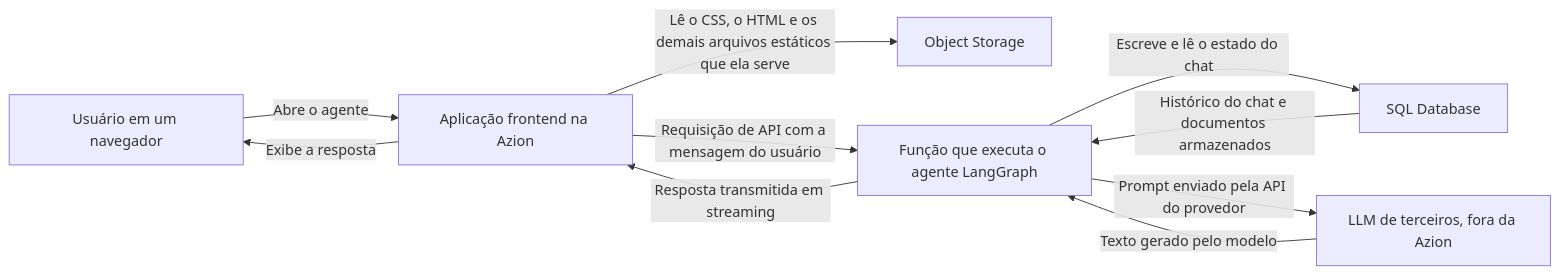
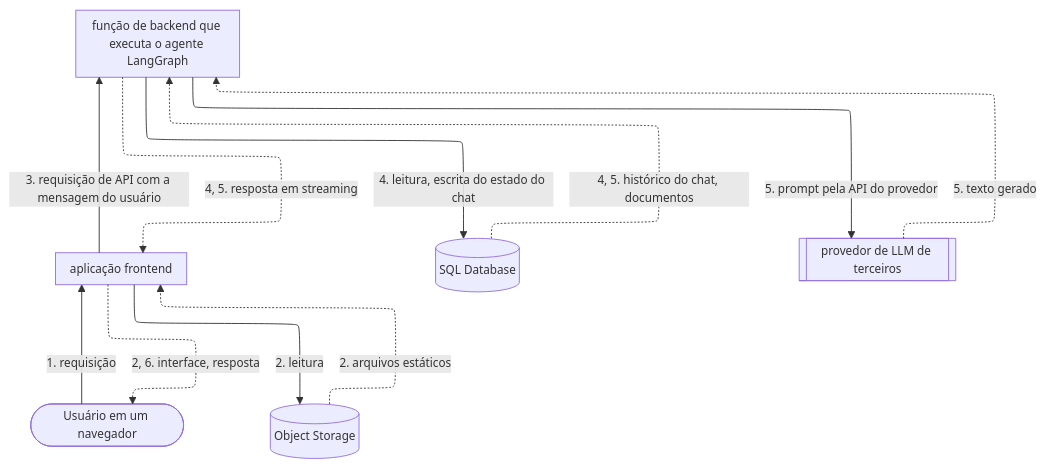
The diagram in apps/docs/src/content/docs/pt-br/pages/arquiteturas/artificial-intelligence/ai-agent-third-party-llm.mdx (aziontech/docs), drawn with Mermaid before and after one commit. The commit also changed other lines of this file and 179 other files, not shown here.

Commit message:
docs(diagrams): redraw every other diagram in the use-case diagram style (#2513)

````diff
--- a/apps/docs/src/content/docs/pt-br/pages/arquiteturas/artificial-intelligence/ai-agent-third-party-llm.mdx
+++ b/apps/docs/src/content/docs/pt-br/pages/arquiteturas/artificial-intelligence/ai-agent-third-party-llm.mdx
@@ -25,12 +25,20 @@
 ```mermaid
-flowchart LR
-  User["Usuário em um navegador"] -->|"Abre o agente"| Frontend["Aplicação frontend na Azion"]
-  Frontend -->|"Lê o CSS, o HTML e os demais arquivos estáticos que ela serve"| Storage["Object Storage"]
-  Frontend -->|"Requisição de API com a mensagem do usuário"| Agent["Função que executa o agente LangGraph"]
-  Agent -->|"Escreve e lê o estado do chat"| Database["SQL Database"]
-  Database -->|"Histórico do chat e documentos armazenados"| Agent
-  Agent -->|"Prompt enviado pela API do provedor"| LLM["LLM de terceiros, fora da Azion"]
-  LLM -->|"Texto gerado pelo modelo"| Agent
-  Agent -->|"Resposta transmitida em streaming"| Frontend
-  Frontend -->|"Exibe a resposta"| User
+%%{init: {"layout": "elk", "elk": {"cycleBreakingStrategy": "MODEL_ORDER"}, "themeVariables": {"fontSize": "13px"}, "flowchart": {"nodeSpacing": 24, "rankSpacing": 36, "padding": 8, "wrappingWidth": 150, "useMaxWidth": true}, "sequence": {"width": 120, "actorMargin": 30, "useMaxWidth": true}}}%%
+flowchart TD
+  User(["Usuário em um navegador"])
+  Frontend["aplicação frontend"]
+  Bucket[("Object Storage")]
+  Agent["função de backend que executa o agente LangGraph"]
+  DB[("SQL Database")]
+  LLM[["provedor de LLM de terceiros"]]
+  User -->|"1. requisição"| Frontend
+  Frontend -->|"2. leitura"| Bucket
+  Frontend -->|"3. requisição de API com a mensagem do usuário"| Agent
+  Agent -->|"4. leitura, escrita do estado do chat"| DB
+  Agent -->|"5. prompt pela API do provedor"| LLM
+  Bucket -.->|"2. arquivos estáticos"| Frontend
+  DB -.->|"4, 5. histórico do chat, documentos"| Agent
+  LLM -.->|"5. texto gerado"| Agent
+  Agent -.->|"4, 5. resposta em streaming"| Frontend
+  Frontend -.->|"2, 6. interface, resposta"| User
 ```
````
